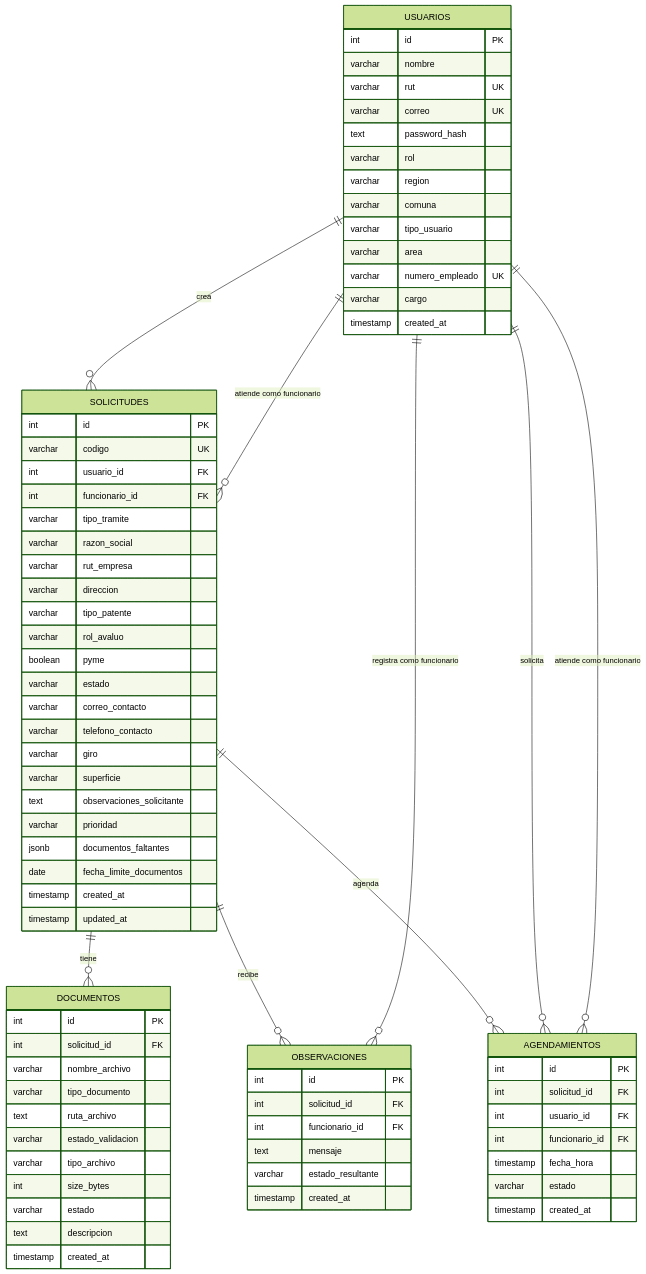
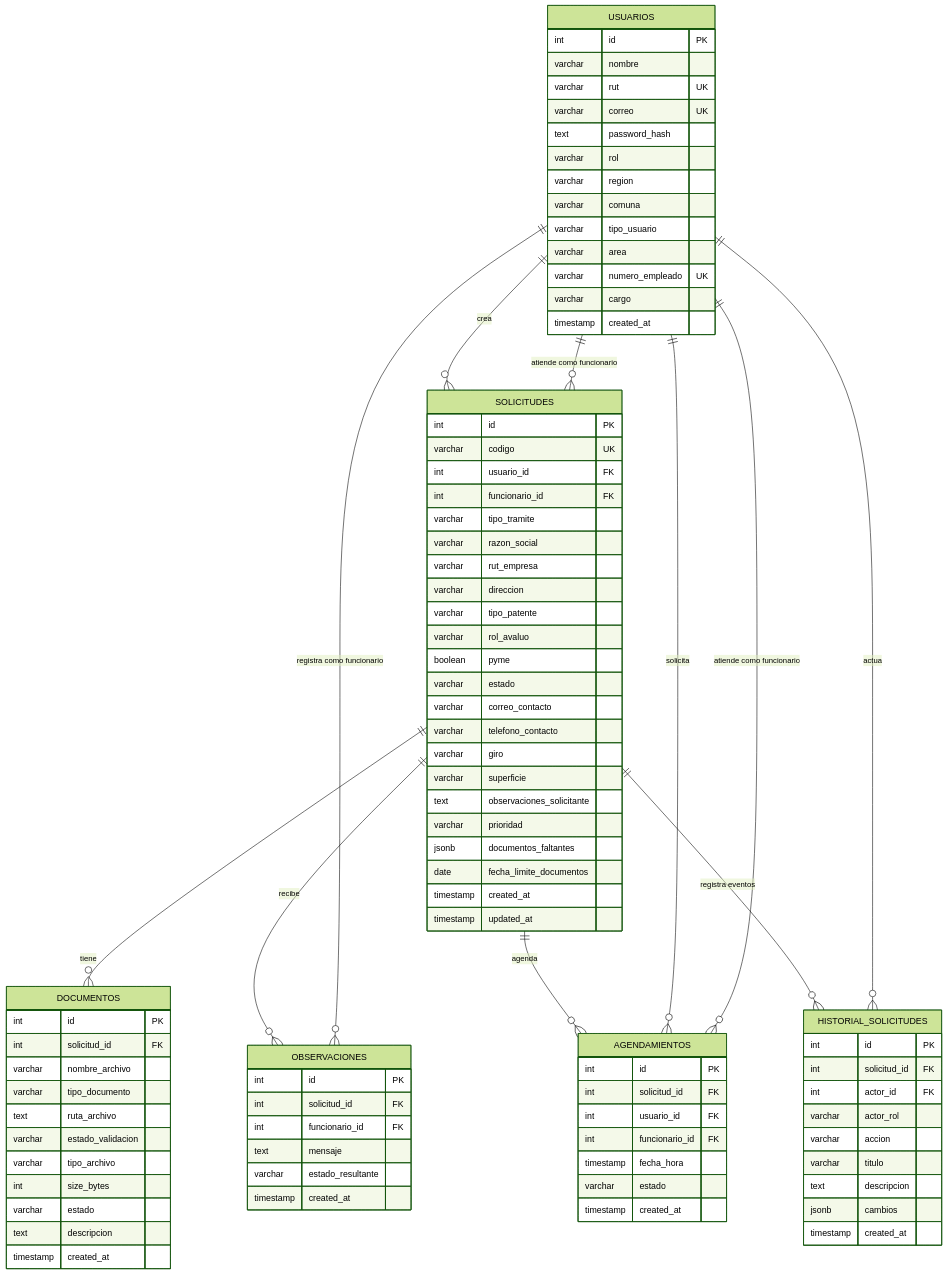
One commit to cristobal2004/municipalidad-app changed the diagram in otros/Documentacion-modelo-relacional.md. Above: the diagram before and after it, drawn with Mermaid (forest theme). The commit also changed other lines of this file and 50 other files, not shown here.

````diff
--- a/otros/Documentacion-modelo-relacional.md
+++ b/otros/Documentacion-modelo-relacional.md
@@ -84,6 +84,18 @@
         timestamp created_at
     }
 
+    HISTORIAL_SOLICITUDES {
+        int id PK
+        int solicitud_id FK
+        int actor_id FK
+        varchar actor_rol
+        varchar accion
+        varchar titulo
+        text descripcion
+        jsonb cambios
+        timestamp created_at
+    }
+
     USUARIOS ||--o{ SOLICITUDES : "crea"
     USUARIOS ||--o{ SOLICITUDES : "atiende como funcionario"
     SOLICITUDES ||--o{ DOCUMENTOS : "tiene"
@@ -92,4 +104,6 @@
     SOLICITUDES ||--o{ AGENDAMIENTOS : "agenda"
     USUARIOS ||--o{ AGENDAMIENTOS : "solicita"
     USUARIOS ||--o{ AGENDAMIENTOS : "atiende como funcionario"
+    SOLICITUDES ||--o{ HISTORIAL_SOLICITUDES : "registra eventos"
+    USUARIOS ||--o{ HISTORIAL_SOLICITUDES : "actua"
 ```
````
